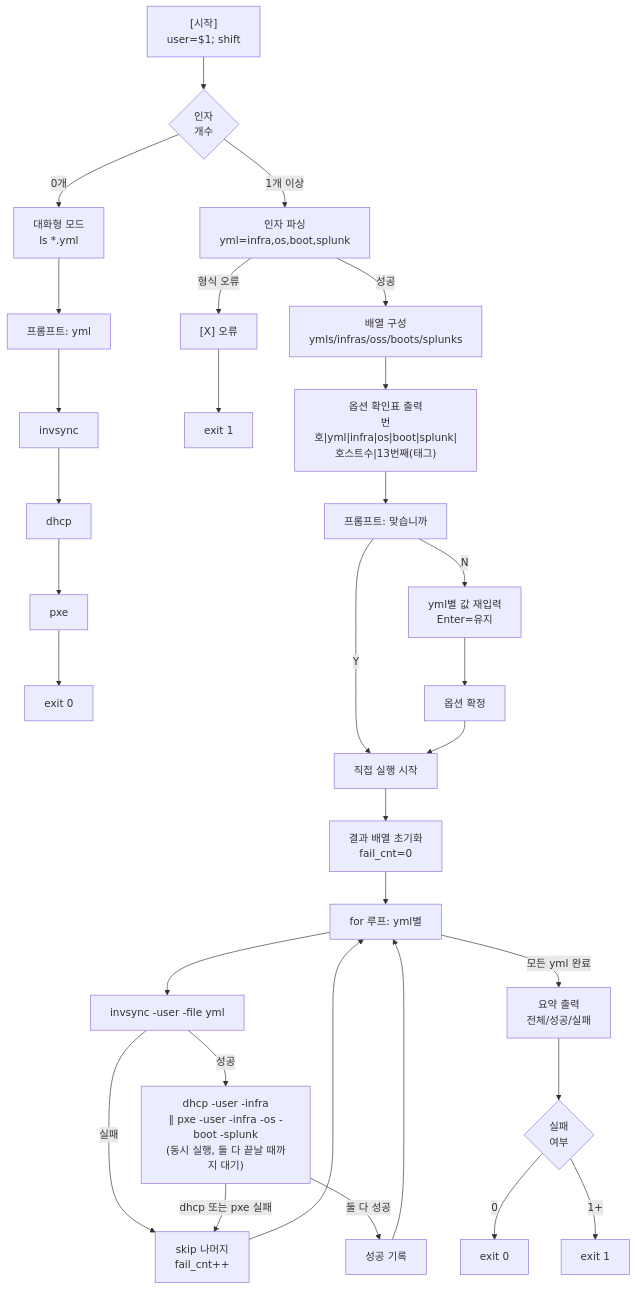
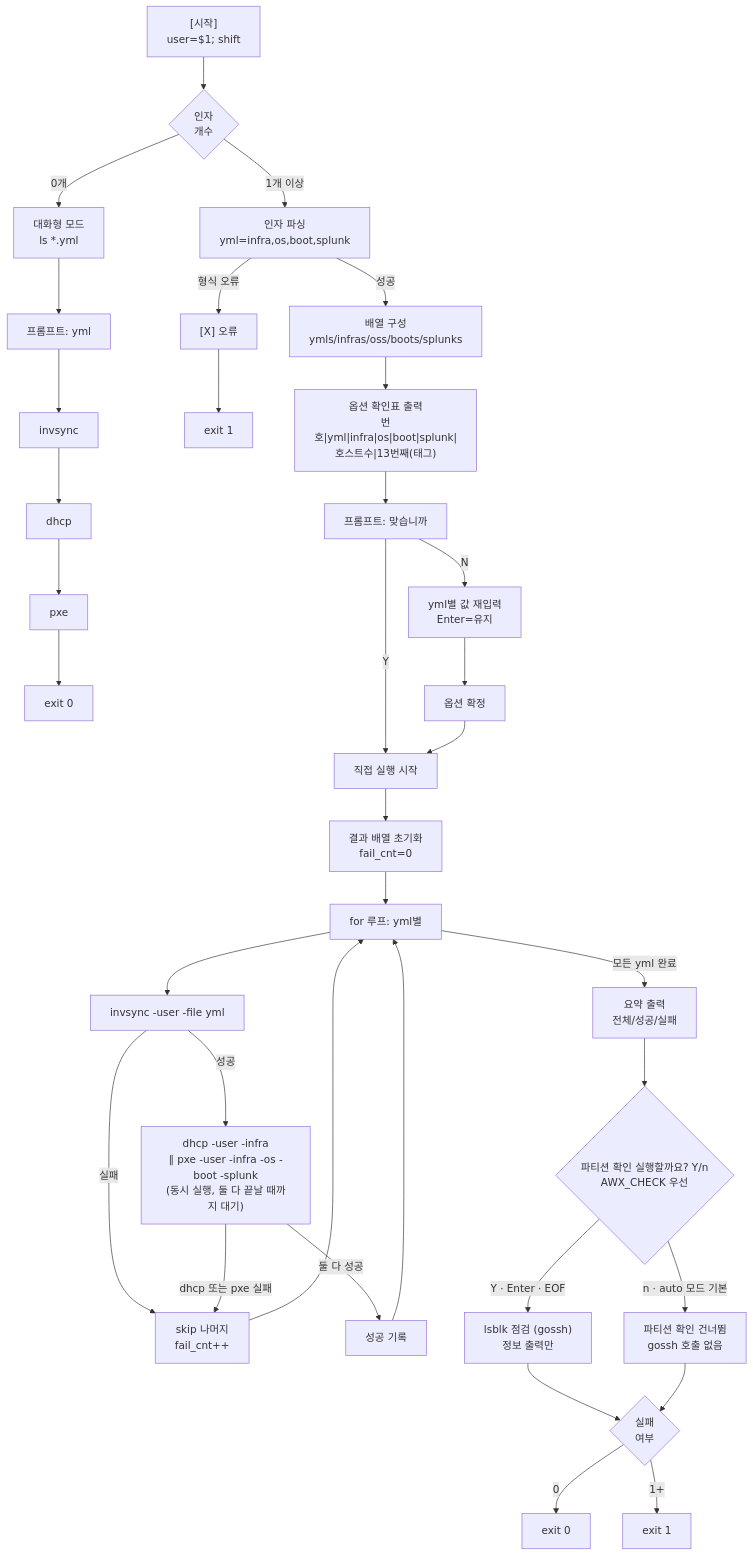
The third of 3 diagrams in .claude/HPC/awx_script/WORKFLOW.md (qazx2675/myrepo), drawn with Mermaid before and after one commit. The commit also changed other lines of this file and 8 other files, not shown here.

First line of the commit message:
feat(HPC/awx_script): 01 [12] 접속 확인·02 파티션 확인 실행 전 Y/n 질문 — 접속 불가 서버가 많을 때 건너뛰기

````diff
--- a/.claude/HPC/awx_script/WORKFLOW.md
+++ b/.claude/HPC/awx_script/WORKFLOW.md
@@ -100,36 +103,40 @@
 ```mermaid
 flowchart TD
     A["[시작]<br/>user=$1; shift"] --> B{"인자<br/>개수"}
     B -->|0개| B1["대화형 모드<br/>ls *.yml"]
     B1 --> B2["프롬프트: yml"]
     B2 --> C1["invsync"]
     C1 --> C2["dhcp"]
     C2 --> C3["pxe"]
     C3 --> END1["exit 0"]
     
     B -->|1개 이상| D["인자 파싱<br/>yml=infra,os,boot,splunk"]
     D -->|형식 오류| D1["[X] 오류"]
     D1 --> END2["exit 1"]
     D -->|성공| E["배열 구성<br/>ymls/infras/oss/boots/splunks"]
     
     E --> F["옵션 확인표 출력<br/>번호|yml|infra|os|boot|splunk|호스트수|13번째(태그)"]
     F --> G["프롬프트: 맞습니까"]
     G -->|Y| H["직접 실행 시작"]
     G -->|N| H1["yml별 값 재입력<br/>Enter=유지"]
     H1 --> H2["옵션 확정"]
     H2 --> H
     
     H --> I["결과 배열 초기화<br/>fail_cnt=0"]
     I --> J["for 루프: yml별"]
     J --> K["invsync -user -file yml"]
     K -->|실패| K1["skip 나머지<br/>fail_cnt++"]
     K1 --> J
     K -->|성공| L["dhcp -user -infra<br/>∥ pxe -user -infra -os -boot -splunk<br/>(동시 실행, 둘 다 끝날 때까지 대기)"]
     L -->|dhcp 또는 pxe 실패| K1
     L -->|둘 다 성공| M1["성공 기록"]
     M1 --> J
     J -->|모든 yml 완료| N["요약 출력<br/>전체/성공/실패"]
-    N --> O{"실패<br/>여부"}
+    N --> PT{"파티션 확인 실행할까요? Y/n<br/>AWX_CHECK 우선"}
+    PT -->|"Y · Enter · EOF"| PT1["lsblk 점검 (gossh)<br/>정보 출력만"]
+    PT -->|"n · auto 모드 기본"| PT2["파티션 확인 건너뜀<br/>gossh 호출 없음"]
+    PT1 --> O{"실패<br/>여부"}
+    PT2 --> O
     O -->|0| END3["exit 0"]
     O -->|1+| END4["exit 1"]
 ```
````
